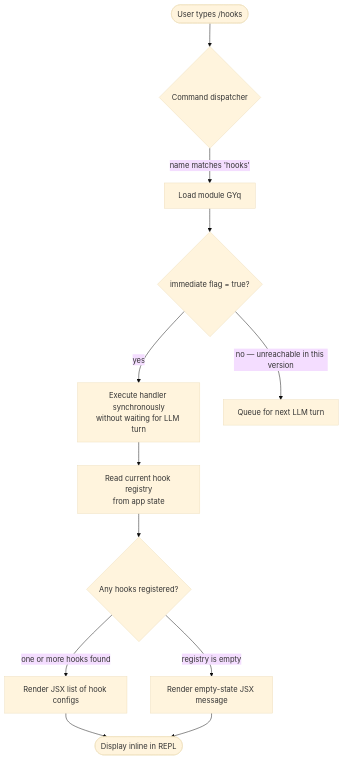
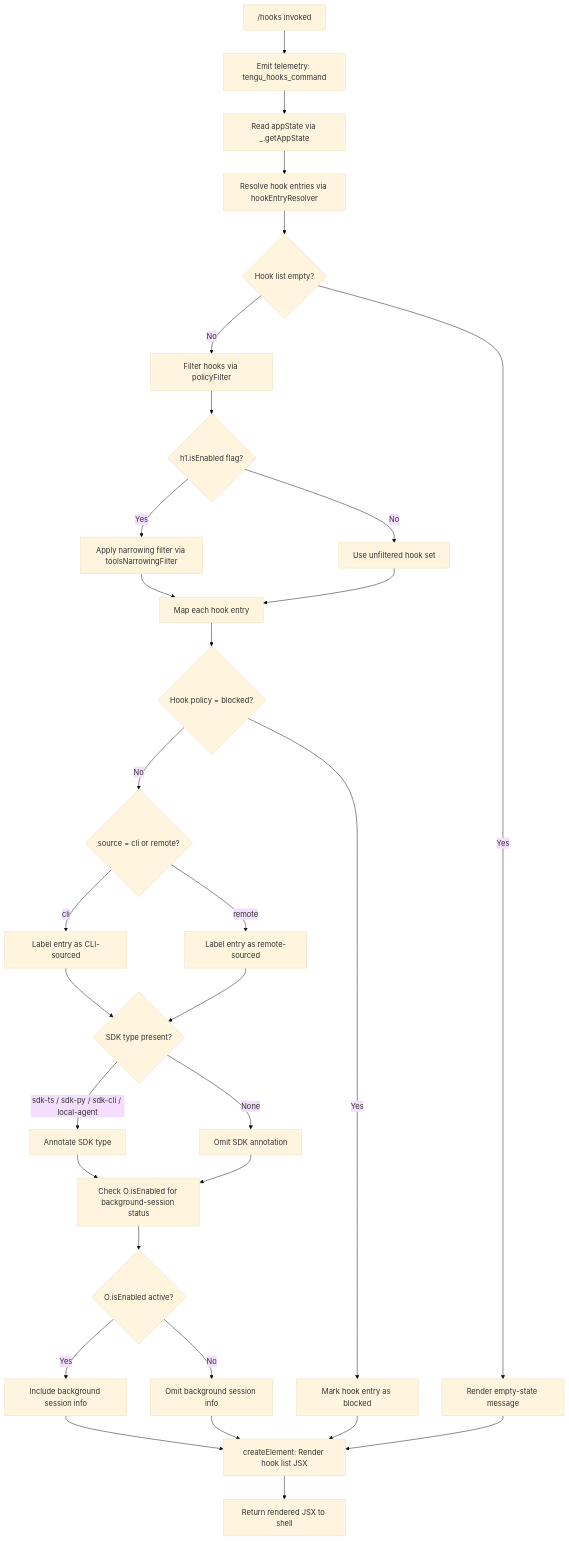
One commit to MyLittleLuckyDog/cc-gnothi changed the diagram in versions/v2.1.139/hooks.md. Above: the diagram before and after it, drawn with Mermaid (base theme). The commit also changed other lines of this file and 97 other files, not shown here.

````diff
--- a/versions/v2.1.139/hooks.md
+++ b/versions/v2.1.139/hooks.md
@@ -51,14 +55,33 @@
 ```mermaid
 flowchart TD
-    A([User types /hooks]) --> B{Command dispatcher}
-    B -->|name matches 'hooks'| C[Load module GYq]
-    C --> D{immediate flag = true?}
-    D -->|yes| E[Execute handler synchronously\nwithout waiting for LLM turn]
-    D -->|no — unreachable in this version| F[Queue for next LLM turn]
-    E --> G[Read current hook registry\nfrom app state]
-    G --> H{Any hooks registered?}
-    H -->|one or more hooks found| I[Render JSX list of hook configs]
-    H -->|registry is empty| J[Render empty-state JSX message]
-    I --> K([Display inline in REPL])
-    J --> K
+    A["/hooks invoked"] --> B[Emit telemetry: tengu_hooks_command]
+    B --> C[Read appState via _.getAppState]
+    C --> D[Resolve hook entries via hookEntryResolver]
+    D --> E{Hook list empty?}
+    E -- Yes --> F[Render empty-state message]
+    E -- No --> G[Filter hooks via policyFilter]
+    G --> H{h1.isEnabled flag?}
+    H -- No --> I[Use unfiltered hook set]
+    H -- Yes --> J[Apply narrowing filter via toolsNarrowingFilter]
+    J --> K[Map each hook entry]
+    I --> K
+    K --> L{Hook policy = blocked?}
+    L -- Yes --> M[Mark hook entry as blocked]
+    L -- No --> N{source = cli or remote?}
+    N -- cli --> O[Label entry as CLI-sourced]
+    N -- remote --> P[Label entry as remote-sourced]
+    O --> Q{SDK type present?}
+    P --> Q
+    Q -- sdk-ts / sdk-py / sdk-cli / local-agent --> R[Annotate SDK type]
+    Q -- None --> S[Omit SDK annotation]
+    R --> T[Check O.isEnabled for background-session status]
+    S --> T
+    T --> U{O.isEnabled active?}
+    U -- Yes --> V[Include background session info]
+    U -- No --> W[Omit background session info]
+    V --> X[createElement: Render hook list JSX]
+    W --> X
+    M --> X
+    F --> X
+    X --> Y[Return rendered JSX to shell]
 ```
````
